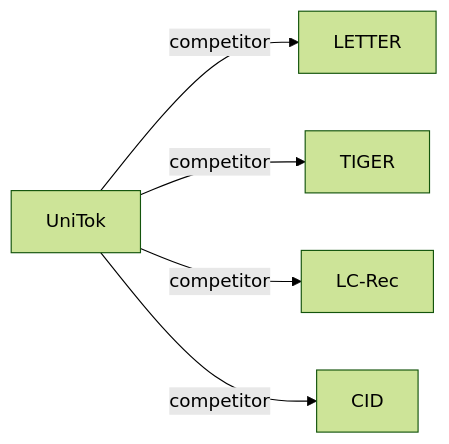
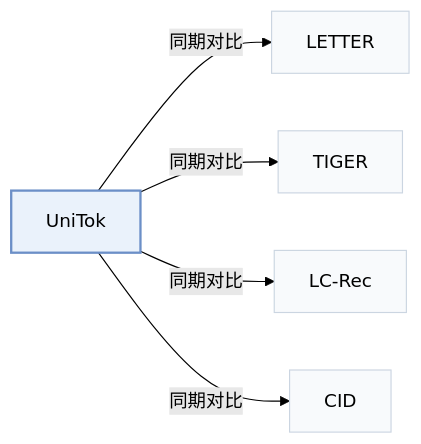
The second of 2 diagrams in pages/zh/papers/unitok.md (Galaxy-ghost/Awesome-SID-Generative-Rec), drawn with Mermaid (forest theme) before and after one commit. The commit also changed other lines of this file and 649 other files, not shown here.

Commit message:
writer-05: also tags and modality index (schema, check, build, visuals); summary field removed; calibration data for 12 papers

````diff
--- a/pages/zh/papers/unitok.md
+++ b/pages/zh/papers/unitok.md
@@ -67,8 +74,12 @@
 ```mermaid
 flowchart LR
     P["UniTok"]
-    P -->|competitor| A["LETTER"]
-    P -->|competitor| B["TIGER"]
-    P -->|competitor| C["LC-Rec"]
-    P -->|competitor| D["CID"]
+    P -->|"同期对比"| A["LETTER"]
+    P -->|"同期对比"| B["TIGER"]
+    P -->|"同期对比"| C["LC-Rec"]
+    P -->|"同期对比"| D["CID"]
+    classDef main fill:#eaf2fb,stroke:#6b8fc7,stroke-width:2px
+    classDef peer fill:#f8fafc,stroke:#cbd5e1
+    class P main
+    class A,B,C,D peer
 ```
````
